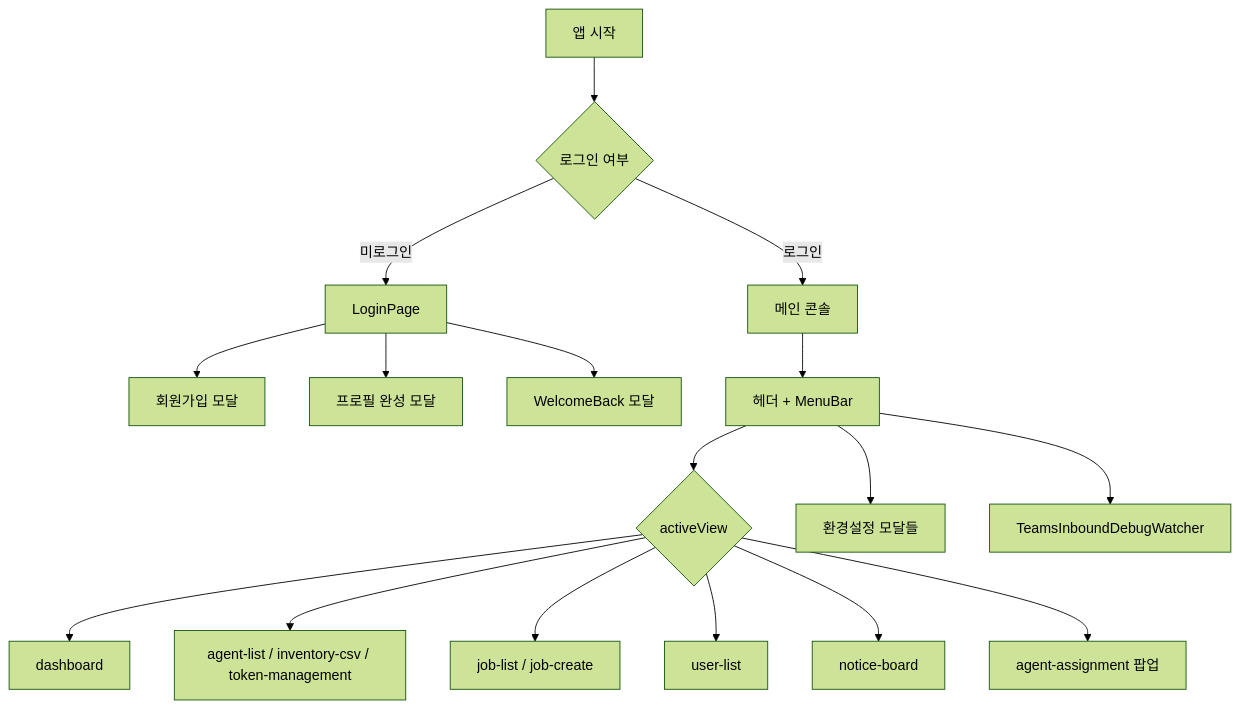
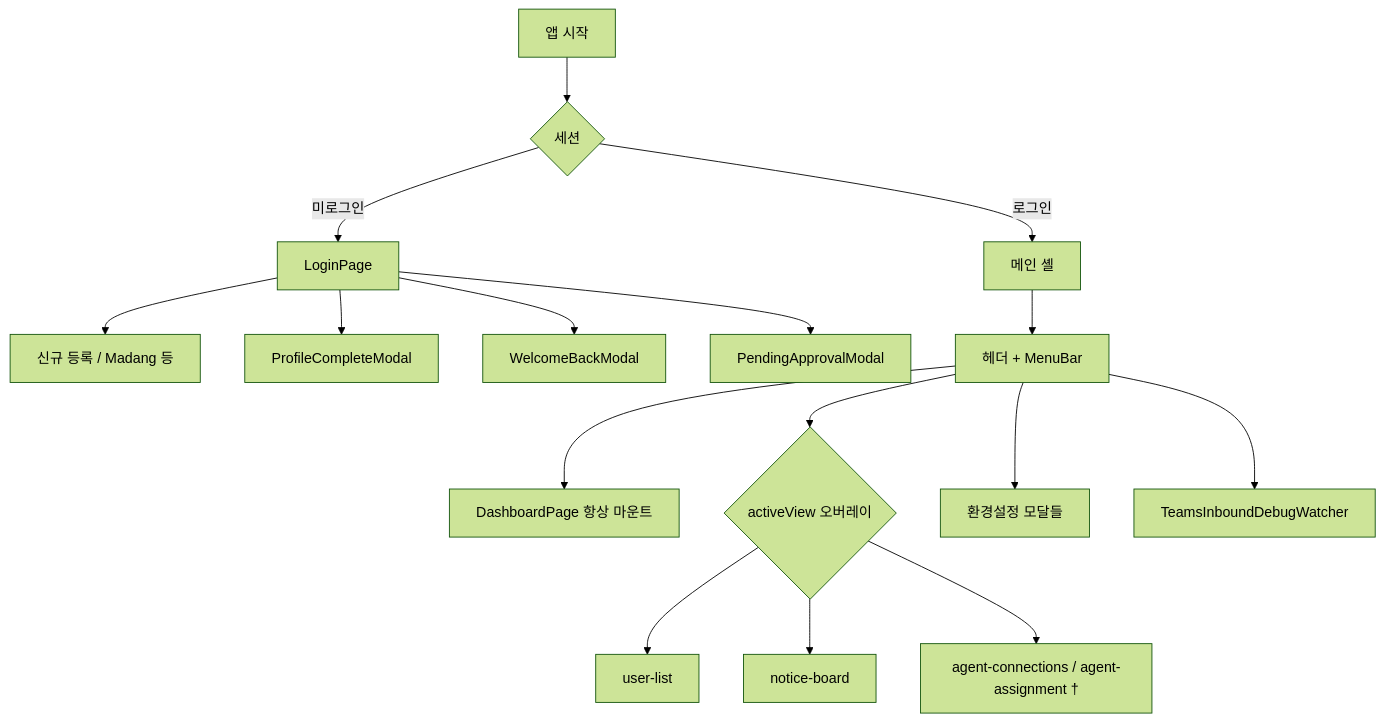
Before and after one commit to ora01000/project-a: the first of 2 diagrams in docs/FRONTEND_UI.md, drawn with Mermaid (forest theme). The commit also changed other lines of this file and 8 other files, not shown here.

````diff
--- a/docs/FRONTEND_UI.md
+++ b/docs/FRONTEND_UI.md
@@ -11,23 +10,20 @@
 ```mermaid
 flowchart TD
-    A[앱 시작] --> B{로그인 여부}
+    A[앱 시작] --> B{세션}
     B -->|미로그인| C[LoginPage]
-    B -->|로그인| D[메인 콘솔]
+    B -->|로그인| D[메인 셸]
 
-    C --> C1[회원가입 모달]
-    C --> C2[프로필 완성 모달]
-    C --> C3[WelcomeBack 모달]
+    C --> C1[신규 등록 / Madang 등]
+    C --> C2[ProfileCompleteModal]
+    C --> C3[WelcomeBackModal]
+    C --> C4[PendingApprovalModal]
 
     D --> E[헤더 + MenuBar]
-    E --> F{activeView}
-
-    F --> G[dashboard]
-    F --> H[agent-list / inventory-csv / token-management]
-    F --> I[job-list / job-create]
-    F --> J[user-list]
-    F --> K[notice-board]
-    F --> L[agent-assignment 팝업]
-
-    E --> M[환경설정 모달들]
-    E --> N[TeamsInboundDebugWatcher]
+    E --> F[DashboardPage 항상 마운트]
+    E --> G{activeView 오버레이}
+    G --> H[user-list]
+    G --> I[notice-board]
+    G --> J[agent-connections / agent-assignment †]
+    E --> K[환경설정 모달들]
+    E --> L[TeamsInboundDebugWatcher]
 ```
````
